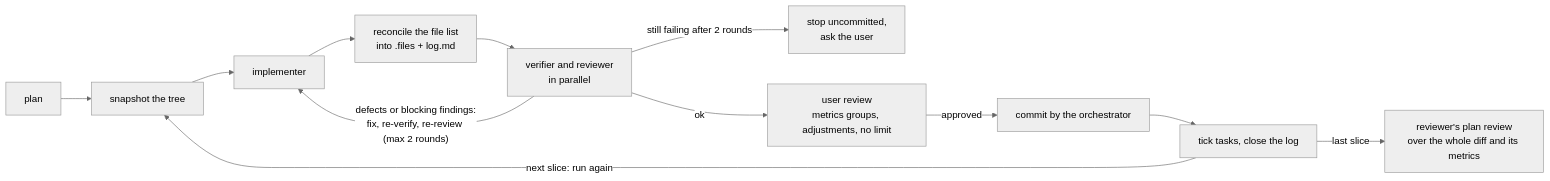
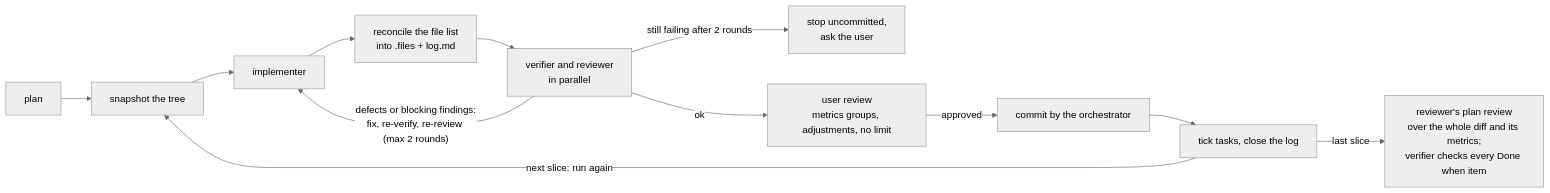
One commit to felipearpa/belay changed the second of 2 diagrams in docs/structure.md. Above: the diagram before and after it, drawn with Mermaid (neutral theme). The commit also changed other lines of this file, not shown here.

````diff
--- a/docs/structure.md
+++ b/docs/structure.md
@@ -111,14 +113,14 @@
 ```mermaid
 flowchart LR
   P["plan"] --> S["snapshot the tree"]
   S --> I["implementer"]
   I --> R["reconcile the file list<br/>into .files + log.md"]
   R --> V["verifier and reviewer<br/>in parallel"]
   V -- "defects or blocking findings:<br/>fix, re-verify, re-review (max 2 rounds)" --> I
   V -- "still failing after 2 rounds" --> X["stop uncommitted,<br/>ask the user"]
   V -- "ok" --> UR["user review<br/>metrics groups, adjustments, no limit"]
   UR -- "approved" --> C["commit by the orchestrator"]
   C --> T["tick tasks, close the log"]
   T -- "next slice: run again" --> S
-  T -- "last slice" --> PR["reviewer's plan review<br/>over the whole diff and its metrics"]
+  T -- "last slice" --> PR["reviewer's plan review<br/>over the whole diff and its metrics;<br/>verifier checks every Done when item"]
 ```
````
